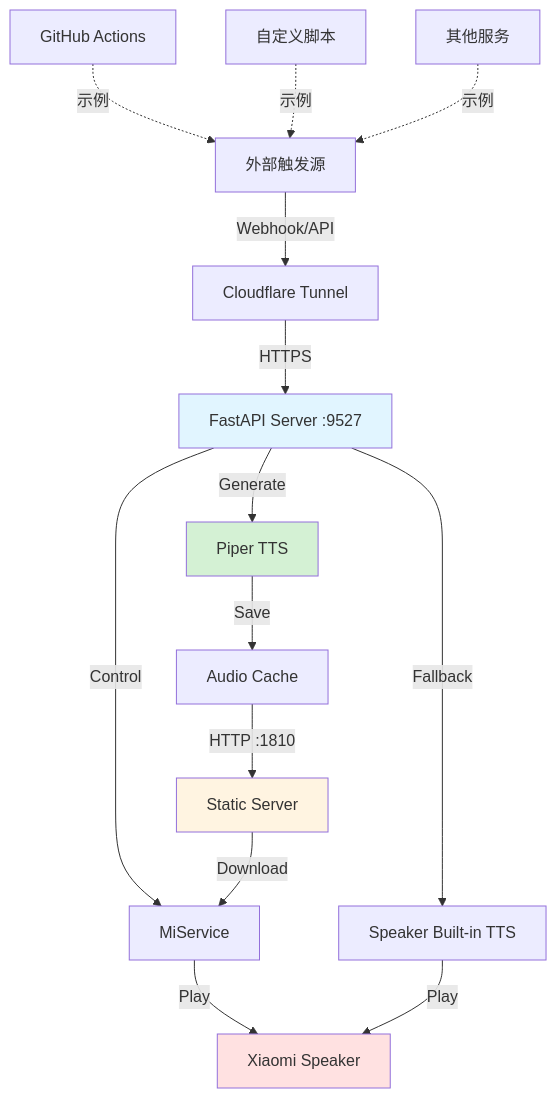
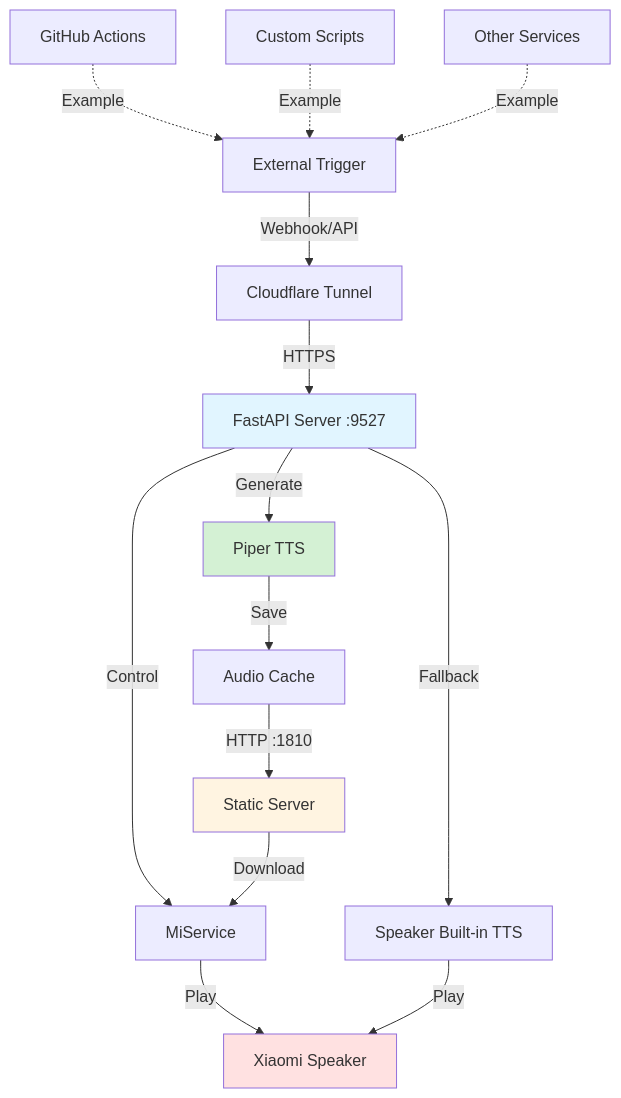
Before and after one commit to palemoky/xiaomi-speaker: the diagram in README.md, drawn with Mermaid.

Commit message:
docs: update diagram

````diff
--- a/README.md
+++ b/README.md
@@ -33,23 +33,23 @@
 ```mermaid
 graph TD
-    A[外部触发源] -->|Webhook/API| B[Cloudflare Tunnel]
+    A[External Trigger] -->|Webhook/API| B[Cloudflare Tunnel]
     B -->|HTTPS| C[FastAPI Server :9527]
     C -->|Generate| D[Piper TTS]
     D -->|Save| E[Audio Cache]
     C -->|Control| F[MiService]
     E -->|HTTP :1810| G[Static Server]
     G -->|Download| F
     F -->|Play| H[Xiaomi Speaker]
 
     C -->|Fallback| I[Speaker Built-in TTS]
     I -->|Play| H
 
-    A1[GitHub Actions] -.->|示例| A
-    A2[自定义脚本] -.->|示例| A
-    A3[其他服务] -.->|示例| A
+    A1[GitHub Actions] -.->|Example| A
+    A2[Custom Scripts] -.->|Example| A
+    A3[Other Services] -.->|Example| A
 
     style C fill:#e1f5ff
     style D fill:#d4f1d4
     style G fill:#fff4e1
     style H fill:#ffe1e1
 ```
````
